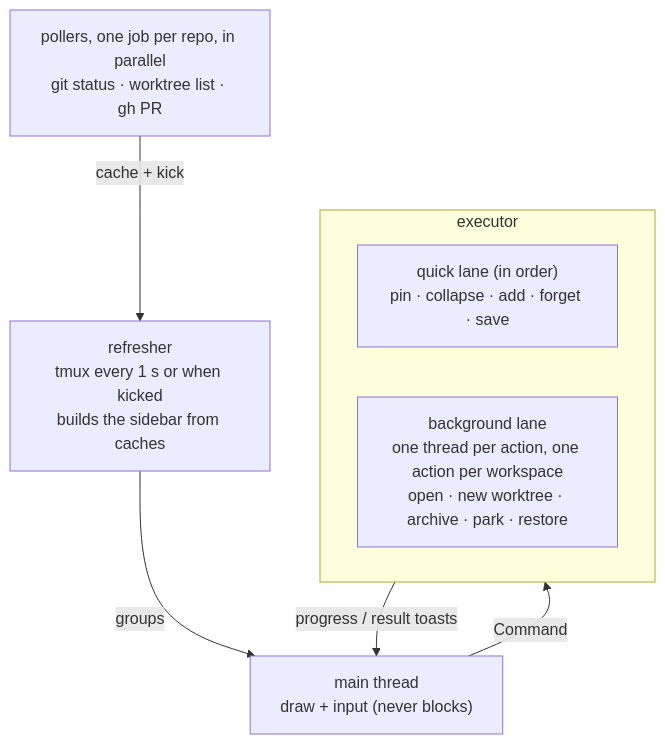
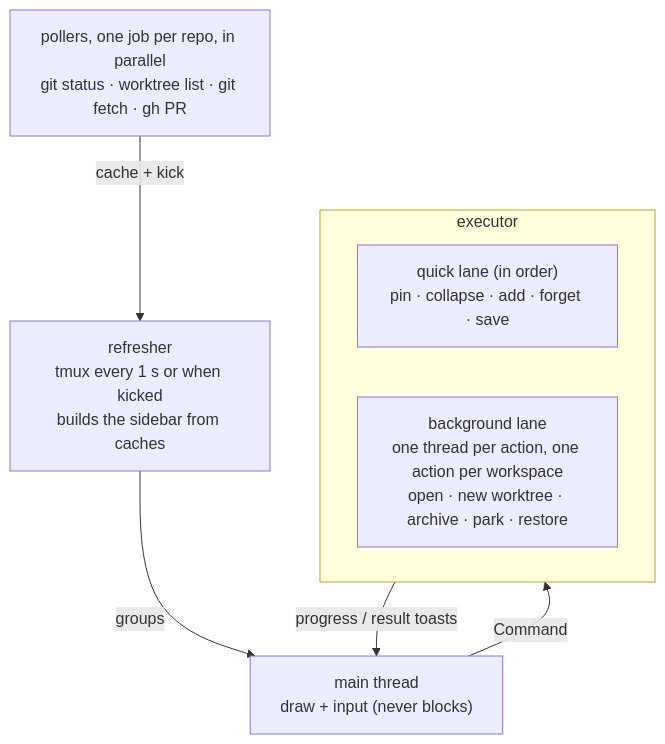
The second of 2 diagrams in docs/src/architecture.md (sean-d/the-deaner), drawn with Mermaid before and after one commit. The commit also changed other lines of this file and 42 other files, not shown here.

````diff
--- a/docs/src/architecture.md
+++ b/docs/src/architecture.md
@@ -65,11 +65,11 @@
 ```mermaid
 flowchart TB
   main["main thread<br/>draw + input (never blocks)"] -- Command --> exec
   subgraph exec["executor"]
     quick["quick lane (in order)<br/>pin · collapse · add · forget · save"]
     bg["background lane<br/>one thread per action, one action per workspace<br/>open · new worktree · archive · park · restore"]
   end
   refresh["refresher<br/>tmux every 1 s or when kicked<br/>builds the sidebar from caches"] -- groups --> main
-  pollers["pollers, one job per repo, in parallel<br/>git status · worktree list · gh PR"] -- cache + kick --> refresh
+  pollers["pollers, one job per repo, in parallel<br/>git status · worktree list · git fetch · gh PR"] -- cache + kick --> refresh
   exec -- progress / result toasts --> main
 ```
````
